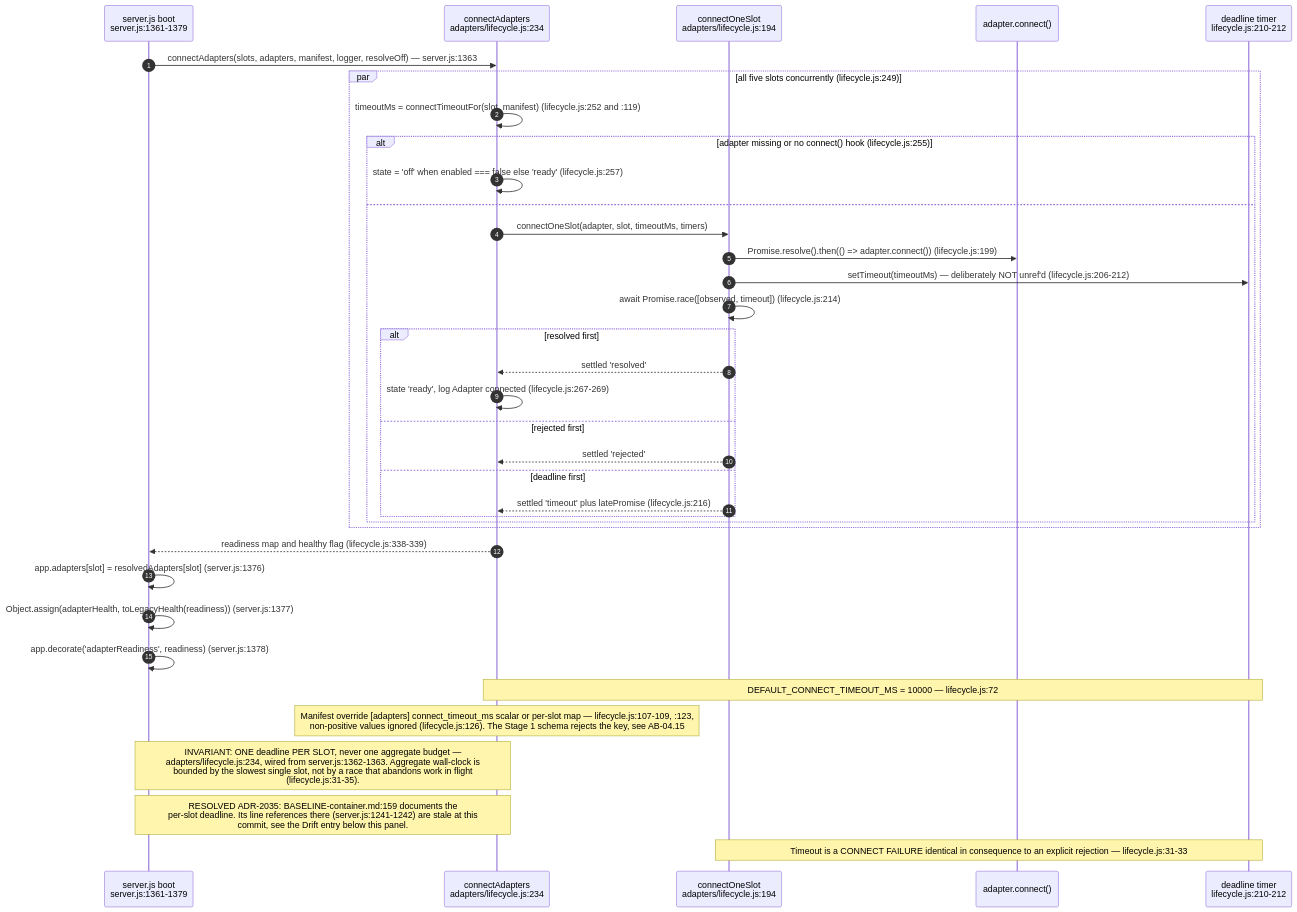
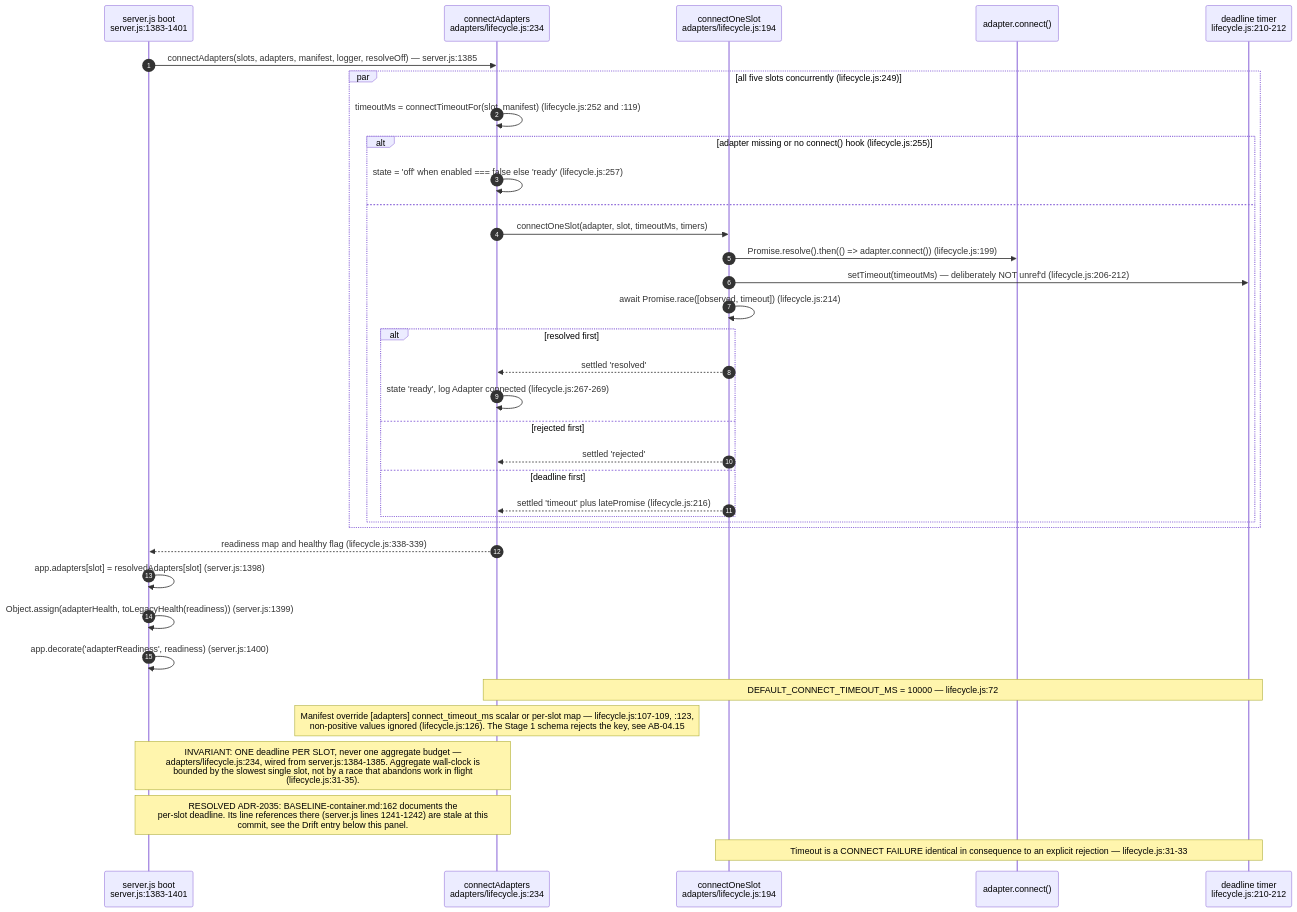
The sixth of 16 diagrams in docs/diagrams/agentbox/04-adapter-spine.md (DreamLab-AI/VisionFlow), drawn with Mermaid before and after one commit. The commit also changed other lines of this file, not shown here.

First line of the commit message:
diagrams(agentbox): re-verify AB-04 at agentbox 59b1aca

````diff
--- a/docs/diagrams/agentbox/04-adapter-spine.md
+++ b/docs/diagrams/agentbox/04-adapter-spine.md
@@ -268,39 +269,39 @@
 ```mermaid
 sequenceDiagram
     autonumber
-    participant SV as server.js boot<br/>server.js:1361-1379
+    participant SV as server.js boot<br/>server.js:1383-1401
     participant LC as connectAdapters<br/>adapters/lifecycle.js:234
     participant CO as connectOneSlot<br/>adapters/lifecycle.js:194
     participant AD as adapter.connect()
     participant T as deadline timer<br/>lifecycle.js:210-212
 
-    SV->>LC: connectAdapters(slots, adapters, manifest, logger, resolveOff) — server.js:1363
+    SV->>LC: connectAdapters(slots, adapters, manifest, logger, resolveOff) — server.js:1385
     par all five slots concurrently (lifecycle.js:249)
         LC->>LC: timeoutMs = connectTimeoutFor(slot, manifest) (lifecycle.js:252 and :119)
         alt adapter missing or no connect() hook (lifecycle.js:255)
             LC->>LC: state = 'off' when enabled === false else 'ready' (lifecycle.js:257)
         else
             LC->>CO: connectOneSlot(adapter, slot, timeoutMs, timers)
             CO->>AD: Promise.resolve().then(() => adapter.connect()) (lifecycle.js:199)
             CO->>T: setTimeout(timeoutMs) — deliberately NOT unref'd (lifecycle.js:206-212)
             CO->>CO: await Promise.race([observed, timeout]) (lifecycle.js:214)
             alt resolved first
                 CO-->>LC: settled 'resolved'
                 LC->>LC: state 'ready', log Adapter connected (lifecycle.js:267-269)
             else rejected first
                 CO-->>LC: settled 'rejected'
             else deadline first
                 CO-->>LC: settled 'timeout' plus latePromise (lifecycle.js:216)
             end
         end
     end
     LC-->>SV: readiness map and healthy flag (lifecycle.js:338-339)
-    SV->>SV: app.adapters[slot] = resolvedAdapters[slot] (server.js:1376)
-    SV->>SV: Object.assign(adapterHealth, toLegacyHealth(readiness)) (server.js:1377)
-    SV->>SV: app.decorate('adapterReadiness', readiness) (server.js:1378)
+    SV->>SV: app.adapters[slot] = resolvedAdapters[slot] (server.js:1398)
+    SV->>SV: Object.assign(adapterHealth, toLegacyHealth(readiness)) (server.js:1399)
+    SV->>SV: app.decorate('adapterReadiness', readiness) (server.js:1400)
     Note over LC,T: DEFAULT_CONNECT_TIMEOUT_MS = 10000 — lifecycle.js:72
     Note over LC: Manifest override [adapters] connect_timeout_ms scalar or per-slot map — lifecycle.js:107-109, :123,<br/>non-positive values ignored (lifecycle.js:126). The Stage 1 schema rejects the key, see AB-04.15
-    Note over SV,LC: INVARIANT: ONE deadline PER SLOT, never one aggregate budget —<br/>adapters/lifecycle.js:234, wired from server.js:1362-1363. Aggregate wall-clock is<br/>bounded by the slowest single slot, not by a race that abandons work in flight<br/>(lifecycle.js:31-35).
-    Note over SV,LC: RESOLVED ADR-2035: BASELINE-container.md:159 documents the<br/>per-slot deadline. Its line references there (server.js:1241-1242) are stale at this<br/>commit, see the Drift entry below this panel.
+    Note over SV,LC: INVARIANT: ONE deadline PER SLOT, never one aggregate budget —<br/>adapters/lifecycle.js:234, wired from server.js:1384-1385. Aggregate wall-clock is<br/>bounded by the slowest single slot, not by a race that abandons work in flight<br/>(lifecycle.js:31-35).
+    Note over SV,LC: RESOLVED ADR-2035: BASELINE-container.md:162 documents the<br/>per-slot deadline. Its line references there (server.js lines 1241-1242) are stale at this<br/>commit, see the Drift entry below this panel.
     Note over CO,T: Timeout is a CONNECT FAILURE identical in consequence to an explicit rejection — lifecycle.js:31-33
 ```
````
